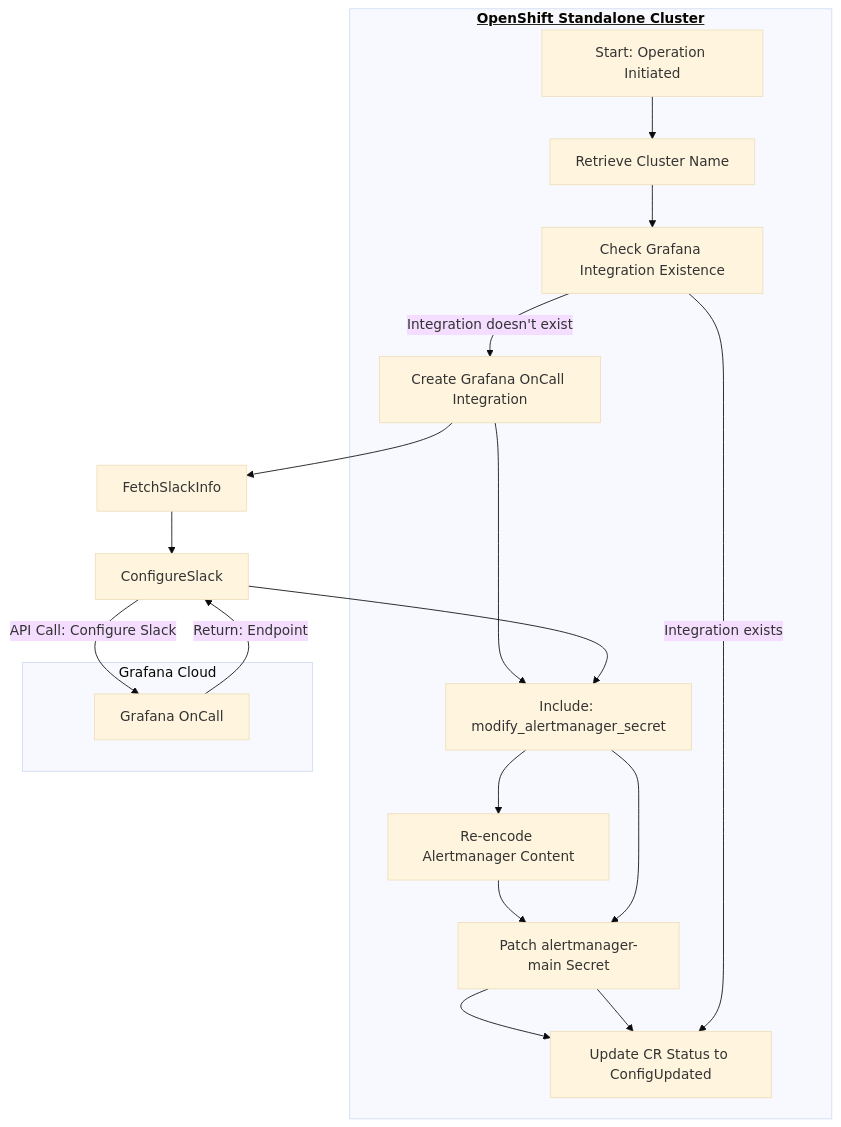
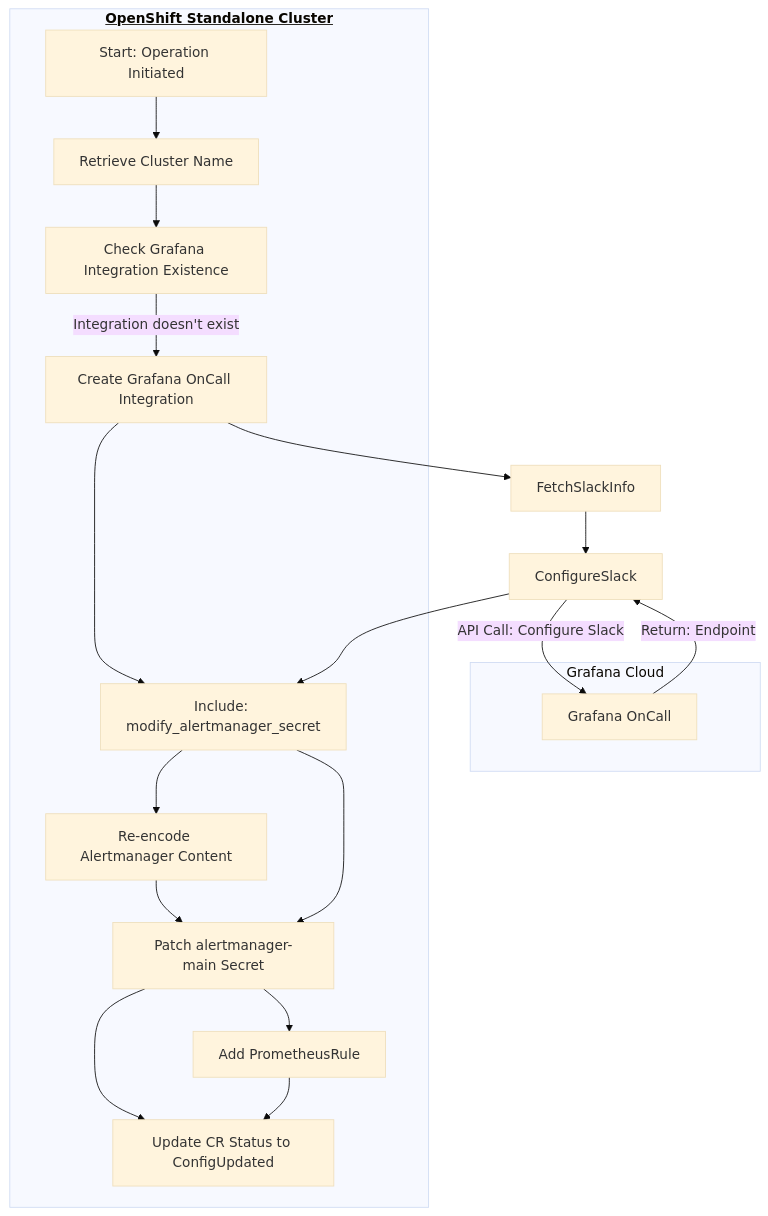
Before and after one commit to stakater/grafana-cloud-ansible-operator: the second of 2 diagrams in README.md, drawn with Mermaid (base theme). The commit also changed other lines of this file and 5 other files, not shown here.

````diff
--- a/README.md
+++ b/README.md
@@ -101,34 +101,35 @@
     ```mermaid
     graph TD
 
         subgraph "<u><b>OpenShift Standalone Cluster</b></u>"
             Init[Start: Operation Initiated]
             GetClusterName[Retrieve Cluster Name]
             CheckIntegration[Check Grafana Integration Existence]
             CreateIntegration[Create Grafana OnCall Integration]
             ModSecret[Include: modify_alertmanager_secret]
             Reencode[Re-encode Alertmanager Content]
             PatchSecret[Patch alertmanager-main Secret]
+            AddPrometheusRule[Add PrometheusRule]
             UpdateCR[Update CR Status to ConfigUpdated]
             Init --> GetClusterName
             GetClusterName --> CheckIntegration
             CheckIntegration -- Integration doesn't exist --> CreateIntegration
             CreateIntegration --> ModSecret
             ModSecret --> Reencode
             Reencode --> PatchSecret
             PatchSecret --> UpdateCR
         end
 
         subgraph "Grafana Cloud"
             GO[Grafana OnCall]
         end
 
         CreateIntegration --> FetchSlackInfo
         FetchSlackInfo --> ConfigureSlack
         ConfigureSlack -->|API Call: Configure Slack| GO
         GO -->|Return: Endpoint| ConfigureSlack
         ConfigureSlack --> ModSecret
         ModSecret --> PatchSecret
-        PatchSecret --> UpdateCR
-        CheckIntegration -- Integration exists --> UpdateCR
+        PatchSecret --> AddPrometheusRule
+        AddPrometheusRule --> UpdateCR
     ```
````
